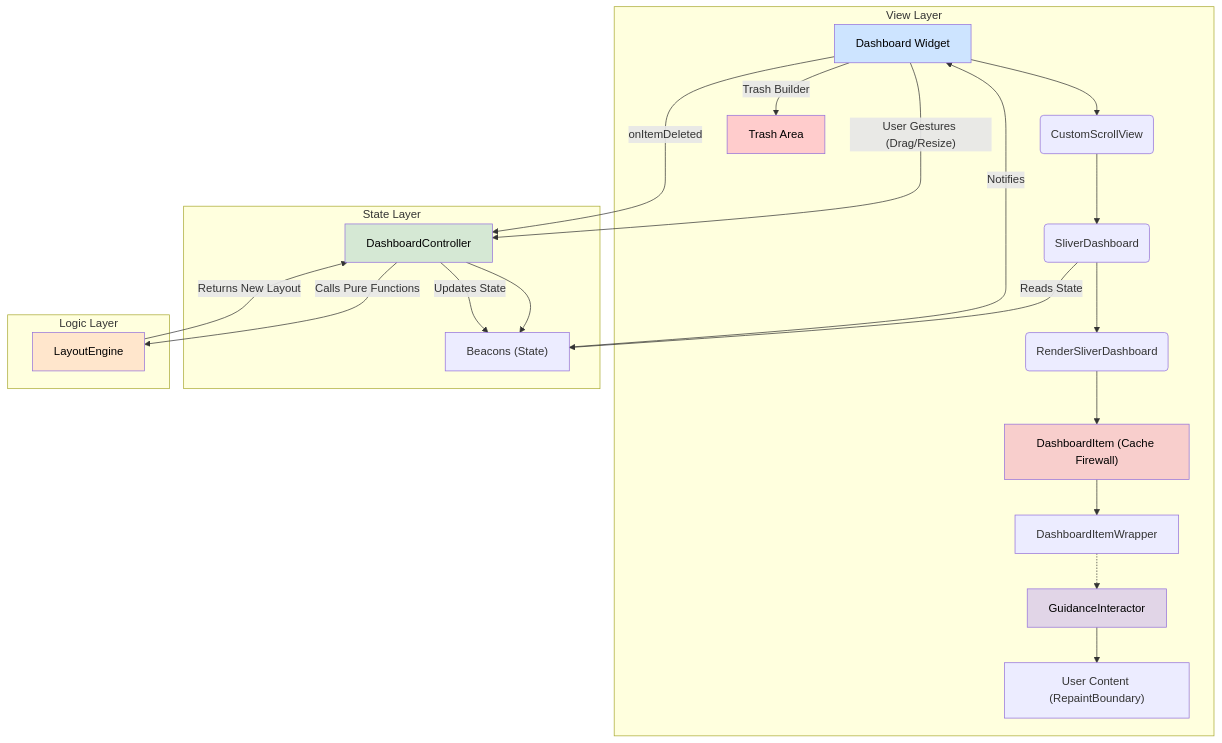
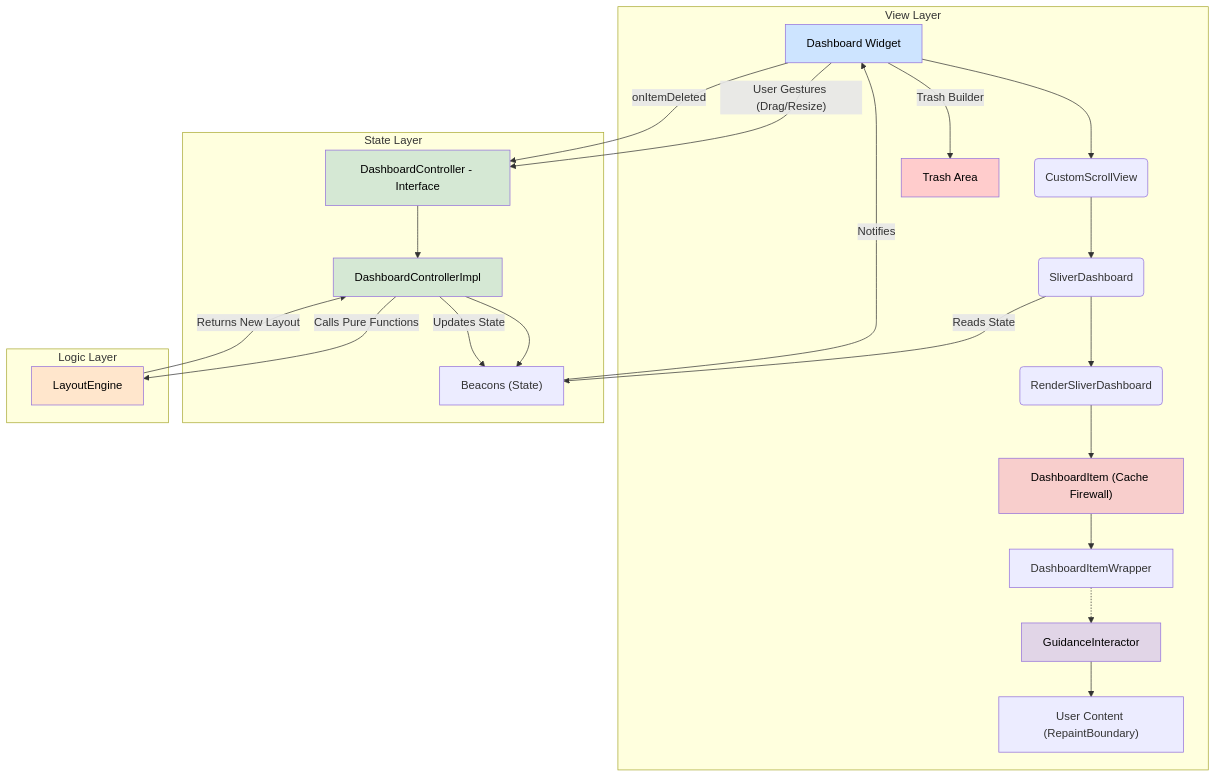
One commit to scalz/sliver_dashboard changed the first of 2 diagrams in architecture.md. Above: the diagram before and after it, drawn with Mermaid. The commit also changed other lines of this file and 13 other files, not shown here.

First line of the commit message:
refactor(controller): separate public interface from implementation

````diff
--- a/architecture.md
+++ b/architecture.md
@@ -22,36 +22,38 @@
 ```mermaid
 graph TD
     subgraph View Layer
         A[Dashboard Widget] --> B(CustomScrollView);
         A -- "Trash Builder" --> T[Trash Area];
         B --> C(SliverDashboard);
         C --> D(RenderSliverDashboard);
         D --> E["DashboardItem (Cache Firewall)"];
         E --> F[DashboardItemWrapper];
         F -.-> GI[GuidanceInteractor];
         GI --> G["User Content (RepaintBoundary)"];
     end
 
     subgraph State Layer
-        H[DashboardController] --> I["Beacons (State)"];
+        H[DashboardController - Interface] --> H2[DashboardControllerImpl]
+        H2 --> I["Beacons (State)"];
     end
 
     subgraph Logic Layer
         J[LayoutEngine];
     end
 
     A -- "User Gestures (Drag/Resize)" --> H;
     A -- "onItemDeleted" --> H;
-    H -- Updates State --> I;
+    H2 -- Updates State --> I;
     I -- Notifies --> A;
-    H -- Calls Pure Functions --> J;
-    J -- Returns New Layout --> H;
+    H2 -- Calls Pure Functions --> J;
+    J -- Returns New Layout --> H2;
     C -- Reads State --> I;
 
     style A fill:#cde4ff,color:#000000
     style H fill:#d5e8d4,color:#000000
+    style H2 fill:#d5e8d4,color:#000000
     style J fill:#ffe6cc,color:#000000
     style E fill:#f8cecc,color:#000000
     style T fill:#ffcccc,color:#000000
     style GI fill:#e1d5e7,color:#000000
 ```
````
